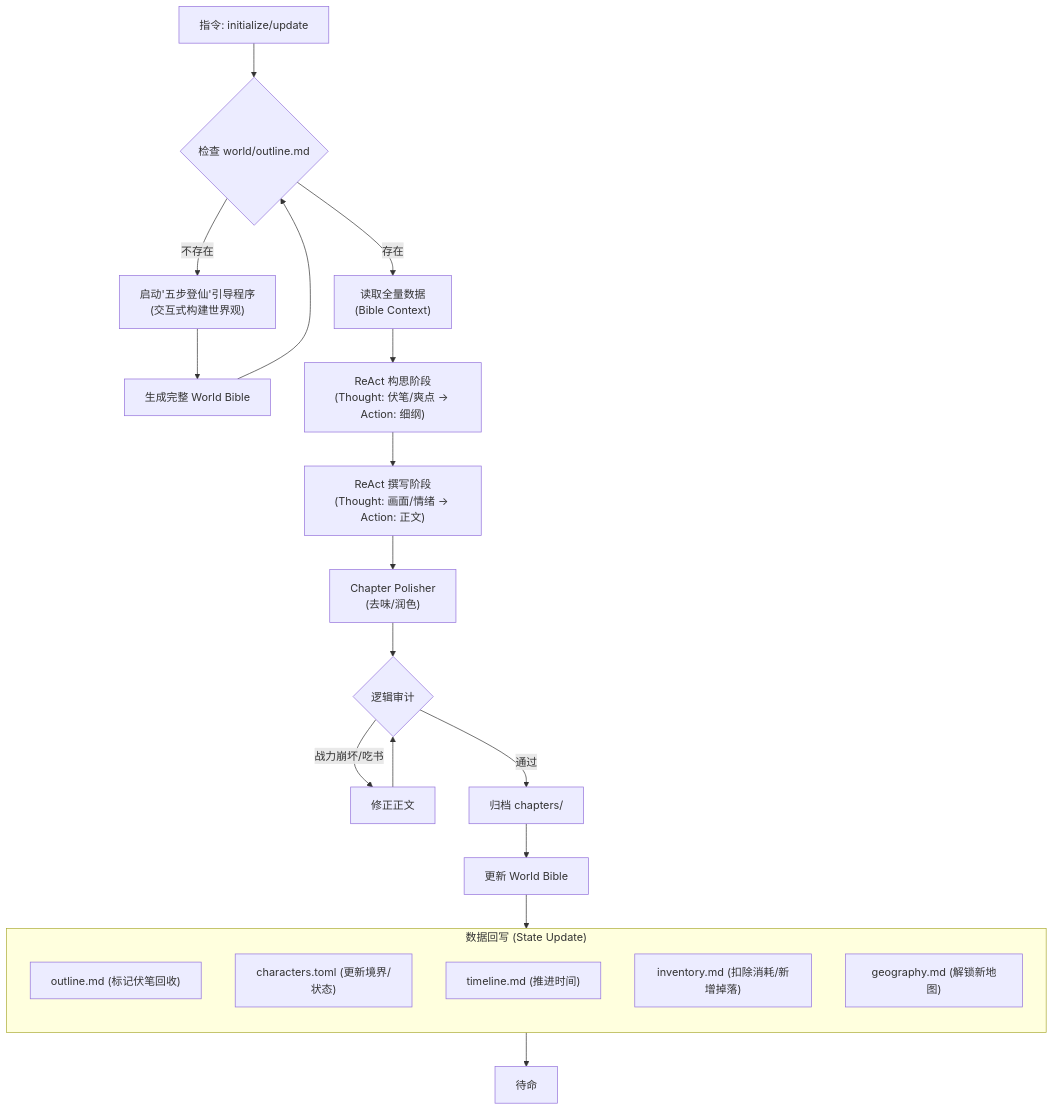
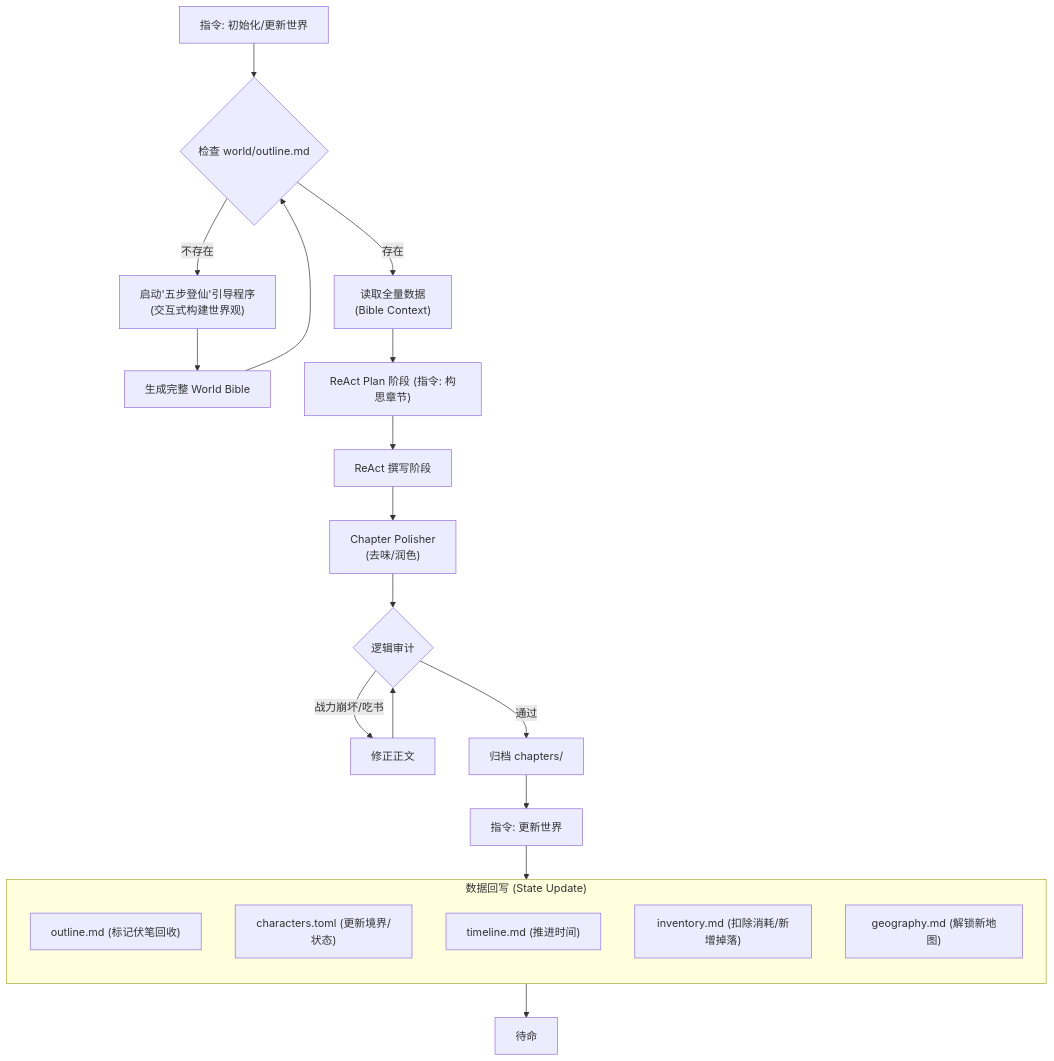
One commit to tiger-yi/novel-assistant changed the diagram in AGENTS.md. Above: the diagram before and after it, drawn with Mermaid. The commit also changed other lines of this file and 3 other files, not shown here.

````diff
--- a/AGENTS.md
+++ b/AGENTS.md
@@ -37,33 +46,33 @@
 ```mermaid
 flowchart TD
-    Start["指令: initialize/update"] --> CheckOutline{"检查 world/outline.md"}
+    Start["指令: 初始化/更新世界"] --> CheckOutline{"检查 world/outline.md"}
 
     CheckOutline -->|"不存在"| Genesis["启动'五步登仙'引导程序\n(交互式构建世界观)"]
     Genesis --> GenerateBible["生成完整 World Bible"]
     GenerateBible --> CheckOutline
 
     CheckOutline -->|"存在"| Read["读取全量数据\n(Bible Context)"]
 
-    Read --> Plan["ReAct 构思阶段\n(Thought: 伏笔/爽点 -> Action: 细纲)"]
-    Plan --> Draft["ReAct 撰写阶段\n(Thought: 画面/情绪 -> Action: 正文)"]
+    Read --> Plan["ReAct Plan 阶段 (指令: 构思章节)"]
+    Plan --> Draft["ReAct 撰写阶段"]
     Draft --> Polish["Chapter Polisher\n(去味/润色)"]
     Polish --> Verify{"逻辑审计"}
     
     Verify -->|"战力崩坏/吃书"| Fix["修正正文"]
     Fix --> Verify
     
     Verify -->|"通过"| Publish["归档 chapters/"]
-    Publish --> Update["更新 World Bible"]
+    Publish --> Update["指令: 更新世界"]
     
     subgraph UpdateBible ["数据回写 (State Update)"]
         direction TB
         U1["outline.md (标记伏笔回收)"]
         U2["characters.toml (更新境界/状态)"]
         U3["timeline.md (推进时间)"]
         U4["inventory.md (扣除消耗/新增掉落)"]
         U5["geography.md (解锁新地图)"]
     end
     
     Update --> UpdateBible
     UpdateBible --> Finish["待命"]
 ```
````
